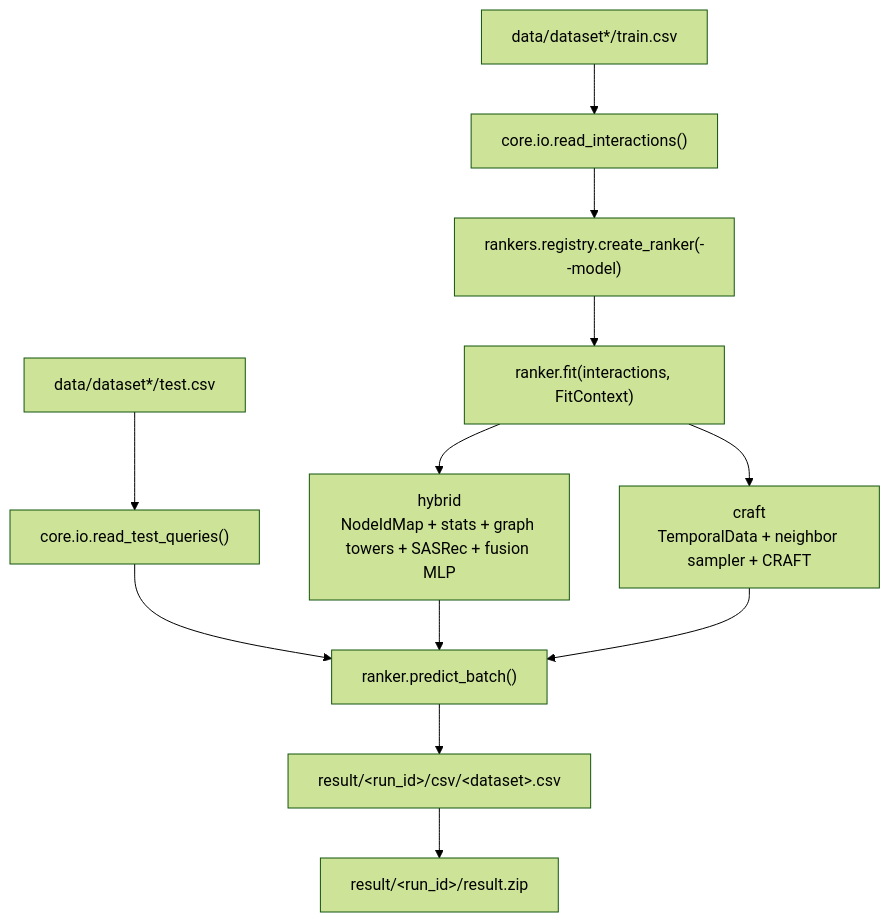
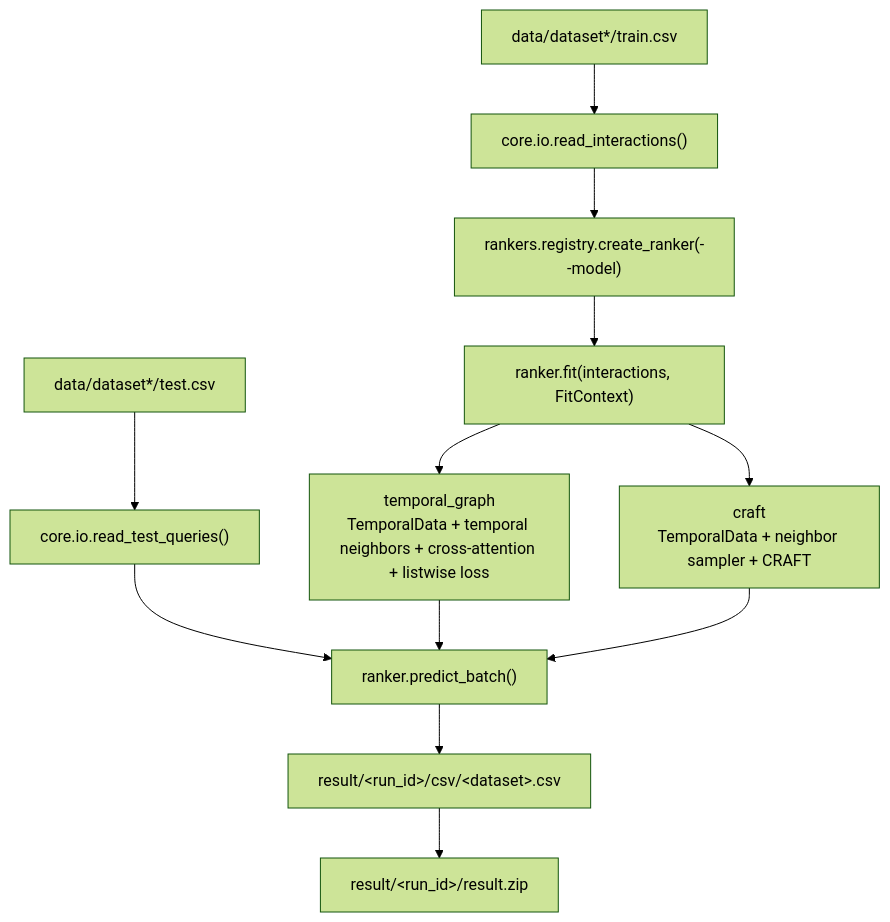
The second of 2 diagrams in docs/system/architecture.md (Puiching-Memory/jittor-GPNUT1-JGRec), drawn with Mermaid (forest theme) before and after one commit. The commit also changed other lines of this file and 26 other files, not shown here.

First line of the commit message:
重构：将 Hybrid 排序器替换为 TemporalGraph 排序器

````diff
--- a/docs/system/architecture.md
+++ b/docs/system/architecture.md
@@ -41,15 +40,15 @@
 ```mermaid
 flowchart TB
     Train["data/dataset*/train.csv"] --> ReadTrain["core.io.read_interactions()"]
     ReadTrain --> Create["rankers.registry.create_ranker(--model)"]
     Create --> Fit["ranker.fit(interactions, FitContext)"]
-    Fit --> H["hybrid<br/>NodeIdMap + stats + graph towers + SASRec + fusion MLP"]
+    Fit --> H["temporal_graph<br/>TemporalData + temporal neighbors + cross-attention + listwise loss"]
     Fit --> C["craft<br/>TemporalData + neighbor sampler + CRAFT"]
 
     Test["data/dataset*/test.csv"] --> ReadTest["core.io.read_test_queries()"]
     ReadTest --> Predict["ranker.predict_batch()"]
     H --> Predict
     C --> Predict
     Predict --> CSV["result/&lt;run_id&gt;/csv/&lt;dataset&gt;.csv"]
     CSV --> ZIP["result/&lt;run_id&gt;/result.zip"]
 ```
````
